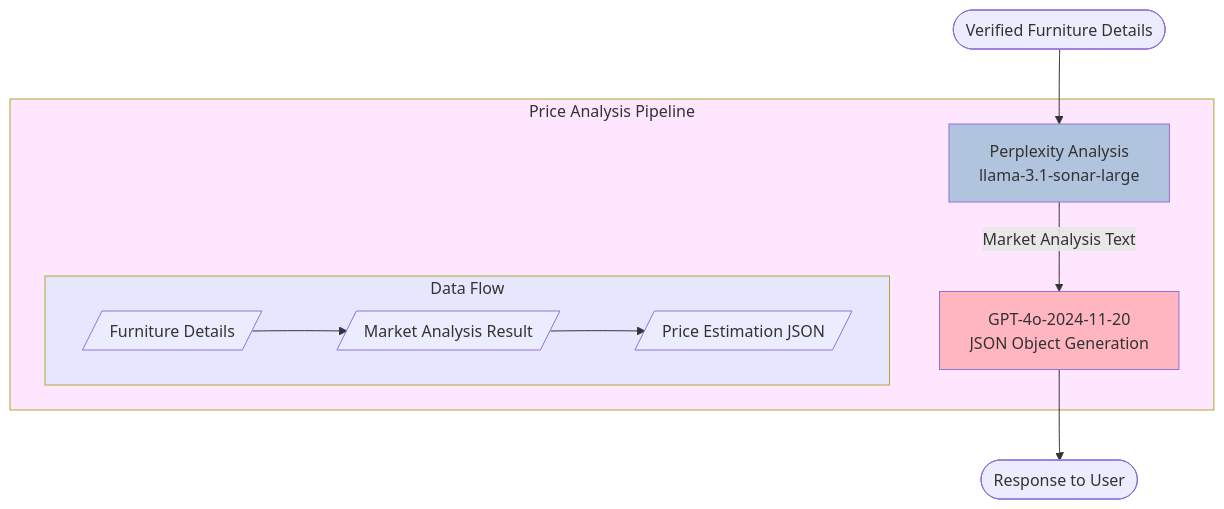
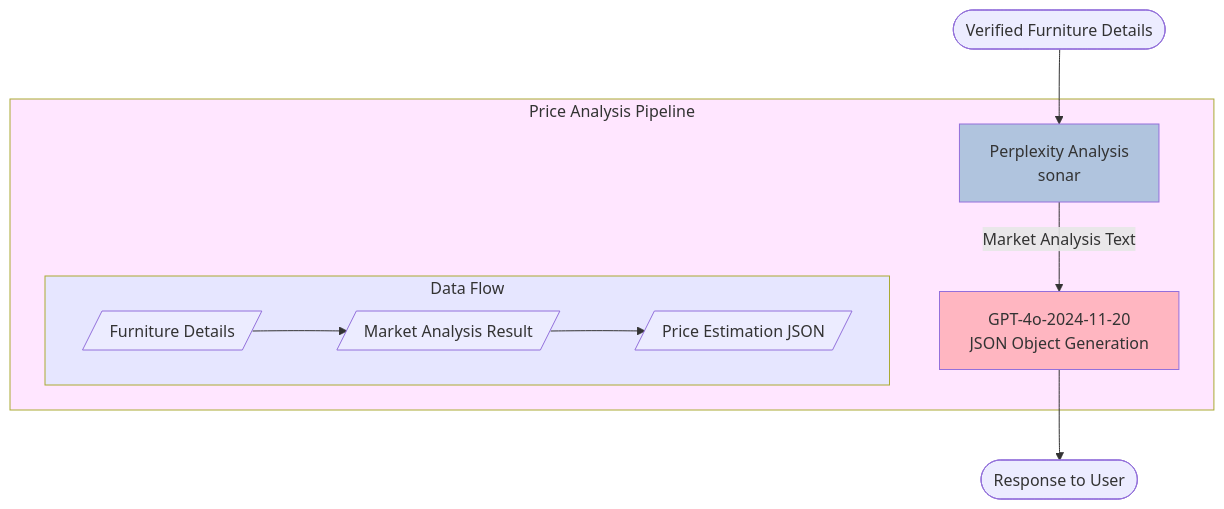
The second of 2 diagrams in README.md (team-alya/kaluste-backend), drawn with Mermaid before and after one commit. The commit also changed other lines of this file and 1 other file, not shown here.

Commit message:
update perplexity model to sonar

````diff
--- a/README.md
+++ b/README.md
@@ -313,21 +311,21 @@
 ```mermaid
 flowchart TD
-    Start([Verified Furniture Details]) --> Perplexity[Perplexity Analysis<br>llama-3.1-sonar-large]
+    Start([Verified Furniture Details]) --> Perplexity[Perplexity Analysis<br>sonar]
 
     subgraph PriceAnalysisPipeline[Price Analysis Pipeline]
         Perplexity -->|Market Analysis Text| GPT4[GPT-4o-2024-11-20<br>JSON Object Generation]
 
         subgraph DataFlow[Data Flow]
             direction LR
             FurnitureDetails[/Furniture Details/] --> PerplexityAnalysis[/Market Analysis Result/]
             PerplexityAnalysis --> PriceJSON[/Price Estimation JSON/]
         end
     end
 
     GPT4 --> Response([Response to User])
 
     style PriceAnalysisPipeline fill:#FFE6FF
     style DataFlow fill:#E6E6FF
     style Perplexity fill:#B0C4DE
     style GPT4 fill:#FFB6C1
 ```
````
